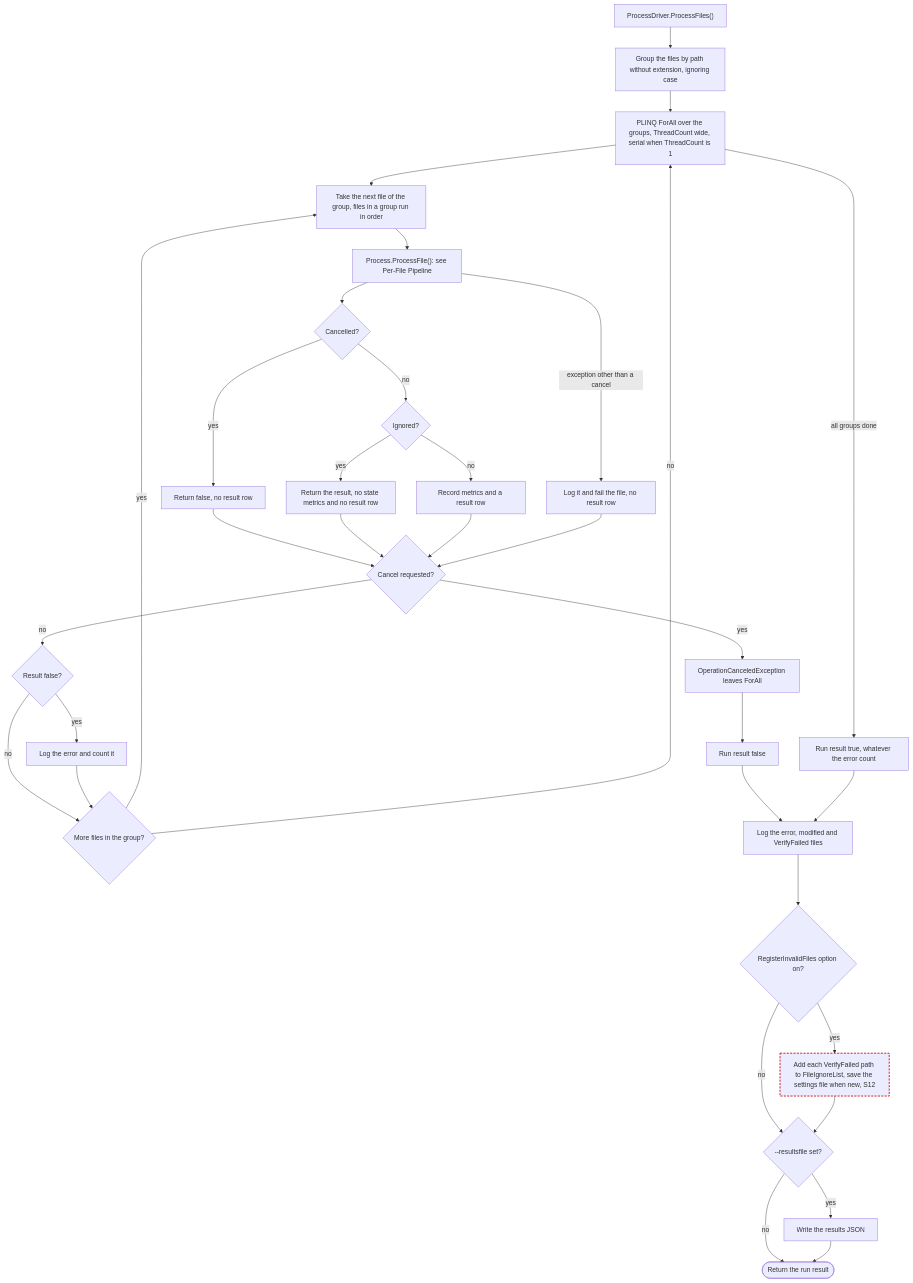
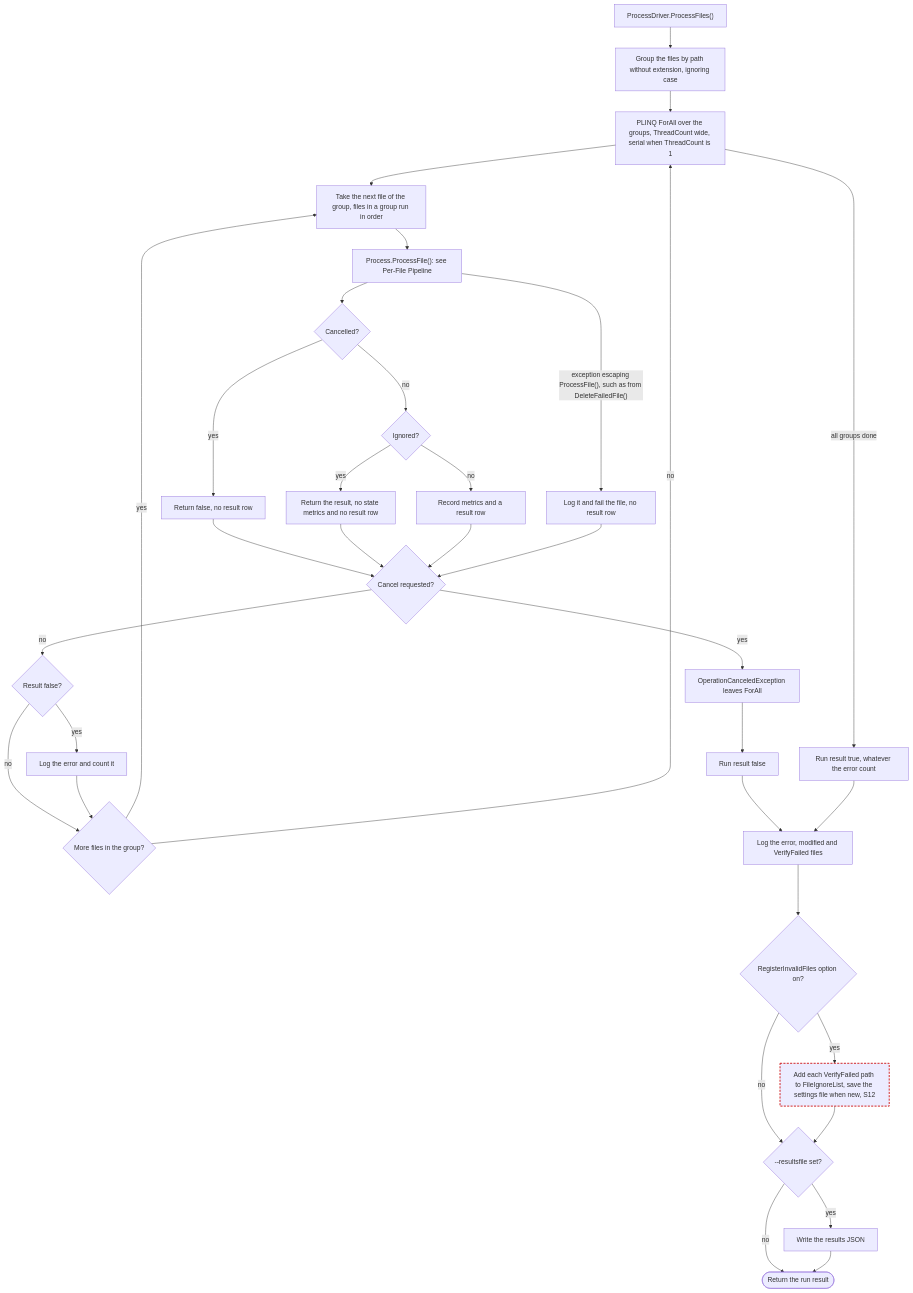
Before and after one commit to ptr727/PlexCleaner: the second of 11 diagrams in ARCHITECTURE.md, drawn with Mermaid. The commit also changed 2 other files, not shown here.

Commit message:
Drop the Plugin Exception Wrapper the Driver Catch Replaces
ProcessDriver.ProcessFiles() now fails one file on an exception from any task, so the plugin
command passes plugin.ProcessFile directly. The Dispatch diagram names an exception escaping
ProcessFile() as the source of a missing result row, and a wrapped TODO comment is one sentence
per line.

````diff
--- a/ARCHITECTURE.md
+++ b/ARCHITECTURE.md
@@ -264,36 +264,36 @@
 ```mermaid
 flowchart TD
   A["ProcessDriver.ProcessFiles()"] --> B["Group the files by path without extension, ignoring case"]
   B --> C["PLINQ ForAll over the groups, ThreadCount wide, serial when ThreadCount is 1"]
   C --> D["Take the next file of the group, files in a group run in order"]
   D --> E["Process.ProcessFile(): see Per-File Pipeline"]
   E --> L1{"Cancelled?"}
   L1 -->|yes| L2["Return false, no result row"]
   L1 -->|no| L3{"Ignored?"}
   L3 -->|yes| L4["Return the result, no state metrics and no result row"]
   L3 -->|no| L5["Record metrics and a result row"]
   L2 --> K{"Cancel requested?"}
   L4 --> K
   L5 --> K
   K -->|yes| X1["OperationCanceledException leaves ForAll"]
   K -->|no| K1{"Result false?"}
   K1 -->|yes| K2["Log the error and count it"]
   K1 -->|no| N
   K2 --> N{"More files in the group?"}
   N -->|yes| D
   N -->|no| C
-  E -->|"exception other than a cancel"| E1["Log it and fail the file, no result row"]
+  E -->|"exception escaping ProcessFile(), such as from DeleteFailedFile()"| E1["Log it and fail the file, no result row"]
   E1 --> K
   X1 --> RF["Run result false"]
   C -->|all groups done| RT["Run result true, whatever the error count"]
   RF --> P["Log the error, modified and VerifyFailed files"]
   RT --> P
   P --> Q{"RegisterInvalidFiles option on?"}
   Q -->|yes| Q1["Add each VerifyFailed path to FileIgnoreList, save the settings file when new, S12"]:::suspect
   Q -->|no| W
   Q1 --> W{"--resultsfile set?"}
   W -->|yes| W1["Write the results JSON"]
   W -->|no| Z(["Return the run result"])
   W1 --> Z
   classDef suspect stroke:#c00,stroke-width:2px,stroke-dasharray:5 3
 ```
````
